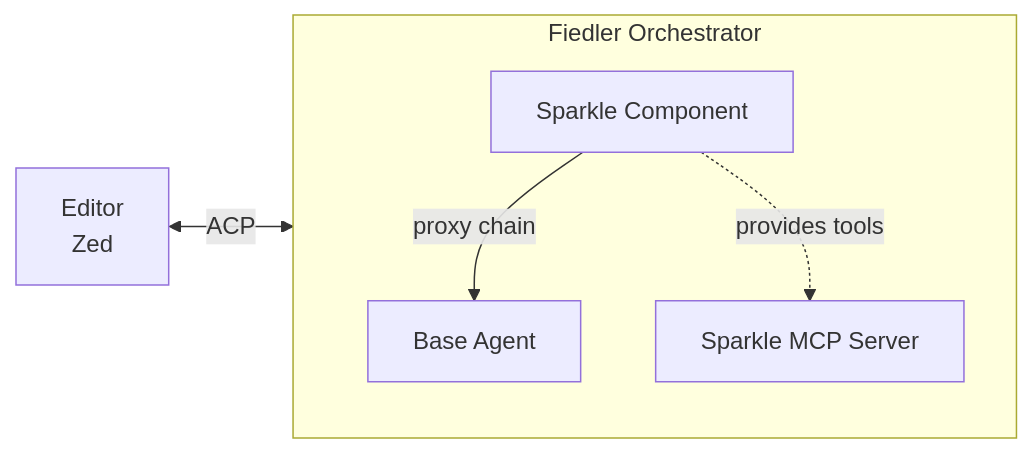
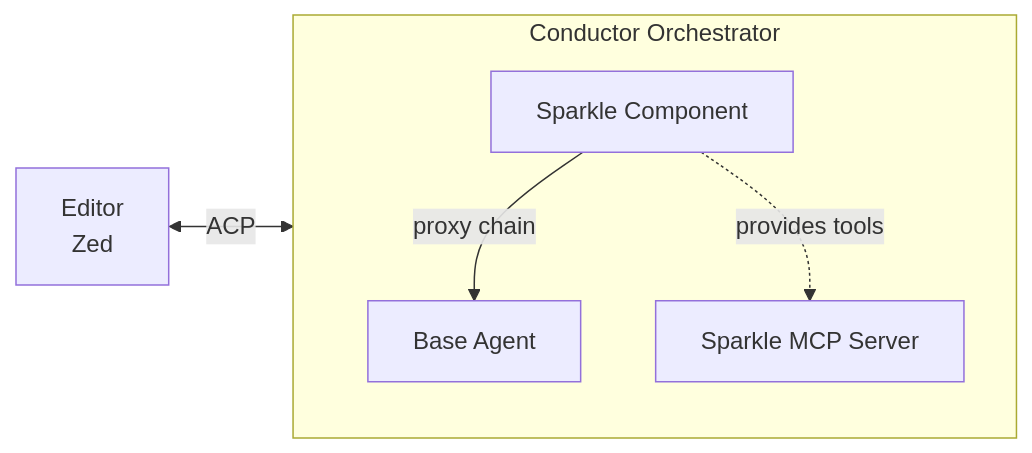
One commit to symposium-dev/symposium-acp changed the first of 6 diagrams in md/proxying-acp.md. Above: the diagram before and after it, drawn with Mermaid. The commit also changed other lines of this file and 4 other files, not shown here.

First line of the commit message:
Remove all references to "Fiedler" and use "Conductor" consistently

````diff
--- a/md/proxying-acp.md
+++ b/md/proxying-acp.md
@@ -35,15 +35,15 @@
 ```mermaid
 flowchart LR
     Editor[Editor<br/>Zed]
 
-    subgraph Fiedler[Fiedler Orchestrator]
+    subgraph Conductor[Conductor Orchestrator]
         Sparkle[Sparkle Component]
         Agent[Base Agent]
         MCP[Sparkle MCP Server]
 
         Sparkle -->|proxy chain| Agent
         Sparkle -.->|provides tools| MCP
     end
 
-    Editor <-->|ACP| Fiedler
+    Editor <-->|ACP| Conductor
 ```
````
